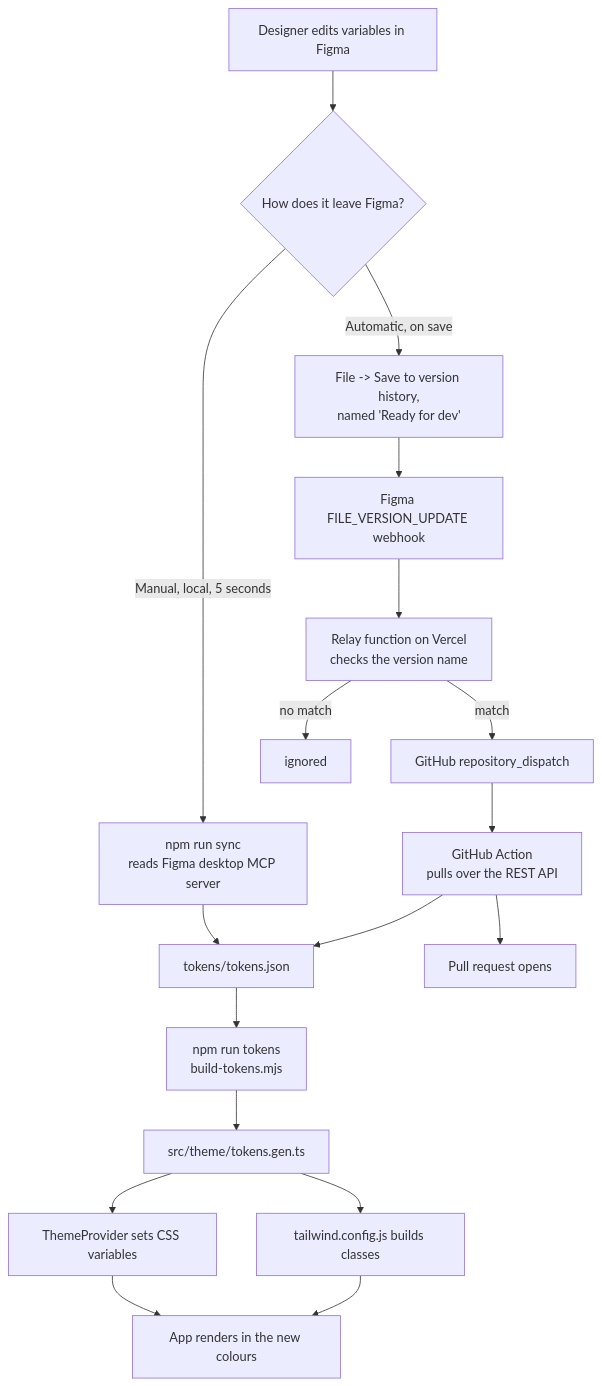
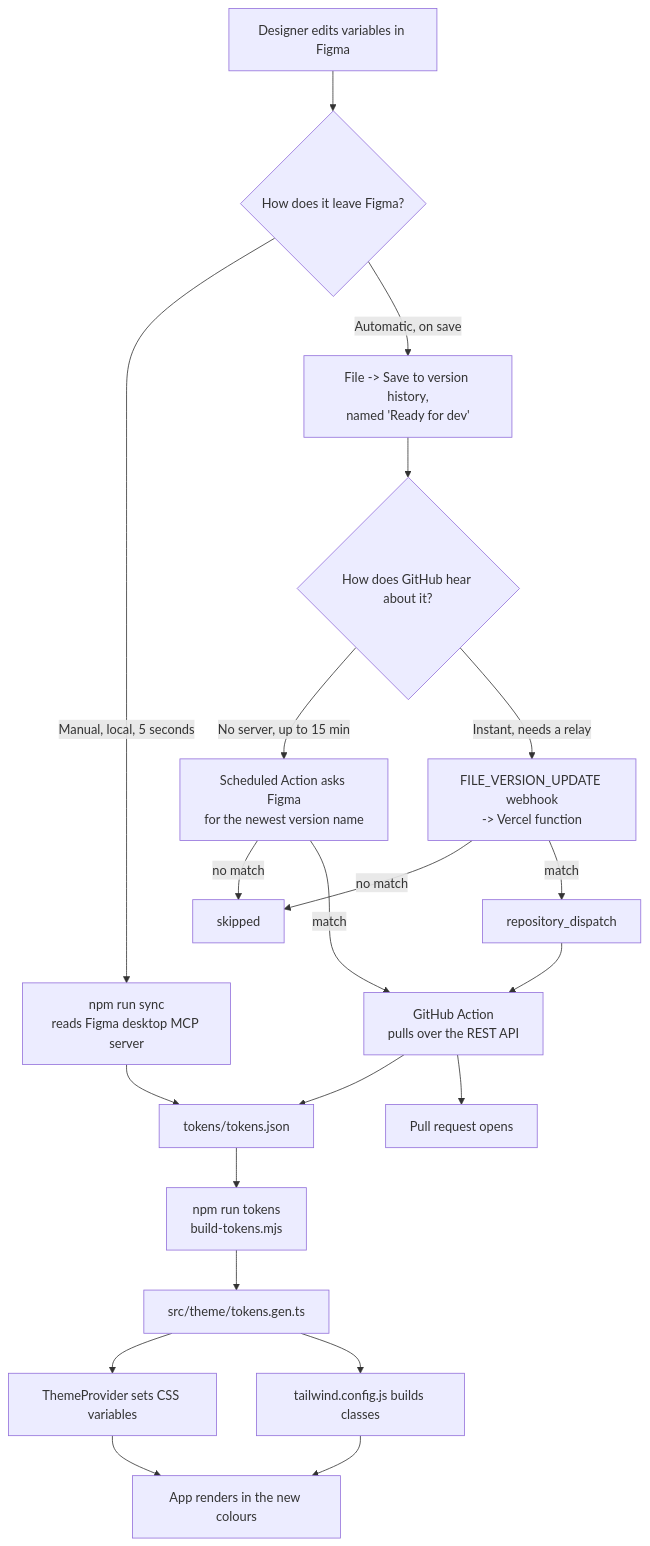
Before and after one commit to serhii-kucherenko/expo-figma-tokens: the first of 3 diagrams in README.md, drawn with Mermaid. The commit also changed 2 other files, not shown here.

Commit message:
Add a no-server trigger and make it the default
Switching the trigger to a named Figma version made the relay optional.
A scheduled job can read the same signal - the version name - straight
from the versions endpoint, using the Figma token the sync already
needs and the Action's own GITHUB_TOKEN.

That removes the GitHub PAT, the webhook registration, the passcode and
the Vercel deployment from the required path. The relay stays for
anyone who wants the wait gone; both routes end in the same job.

````diff
--- a/README.md
+++ b/README.md
@@ -15,22 +15,24 @@
 ```mermaid
 flowchart TD
   A["Designer edits variables in Figma"] --> B{"How does it leave Figma?"}
   B -->|"Manual, local, 5 seconds"| C["npm run sync<br/>reads Figma desktop MCP server"]
   B -->|"Automatic, on save"| D["File -> Save to version history,<br/>named 'Ready for dev'"]
 
-  D --> E["Figma FILE_VERSION_UPDATE webhook"]
-  E --> F["Relay function on Vercel<br/>checks the version name"]
-  F -->|"no match"| G["ignored"]
-  F -->|"match"| H["GitHub repository_dispatch"]
-  H --> I["GitHub Action<br/>pulls over the REST API"]
+  D --> E{"How does GitHub hear about it?"}
+  E -->|"No server, up to 15 min"| E1["Scheduled Action asks Figma<br/>for the newest version name"]
+  E -->|"Instant, needs a relay"| E2["FILE_VERSION_UPDATE webhook<br/>-> Vercel function"]
+  E1 -->|"no match"| G["skipped"]
+  E2 -->|"no match"| G
+  E1 -->|"match"| I["GitHub Action<br/>pulls over the REST API"]
+  E2 -->|"match"| H["repository_dispatch"] --> I
 
   C --> J["tokens/tokens.json"]
   I --> J
   J --> K["npm run tokens<br/>build-tokens.mjs"]
   K --> L["src/theme/tokens.gen.ts"]
   L --> M["ThemeProvider sets CSS variables"]
   L --> N["tailwind.config.js builds classes"]
   M --> O["App renders in the new colours"]
   N --> O
   I --> P["Pull request opens"]
 ```
````
